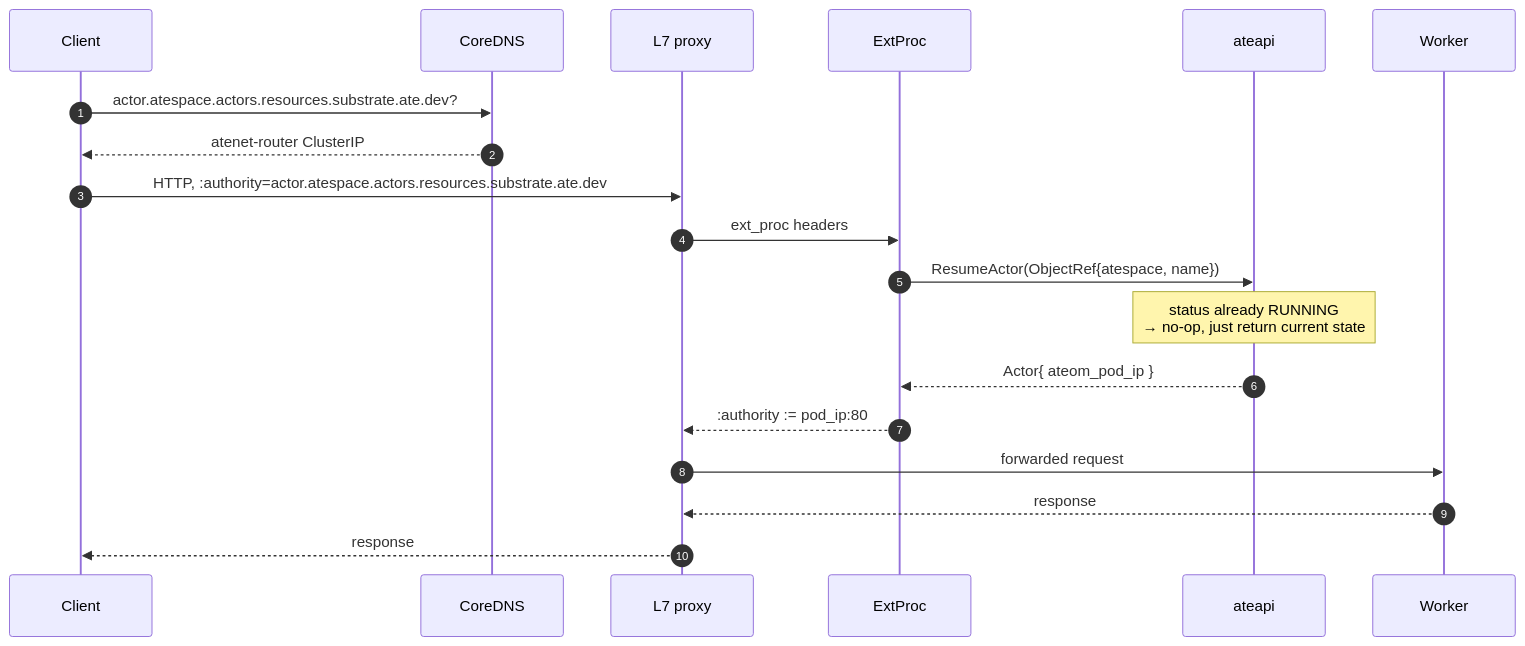
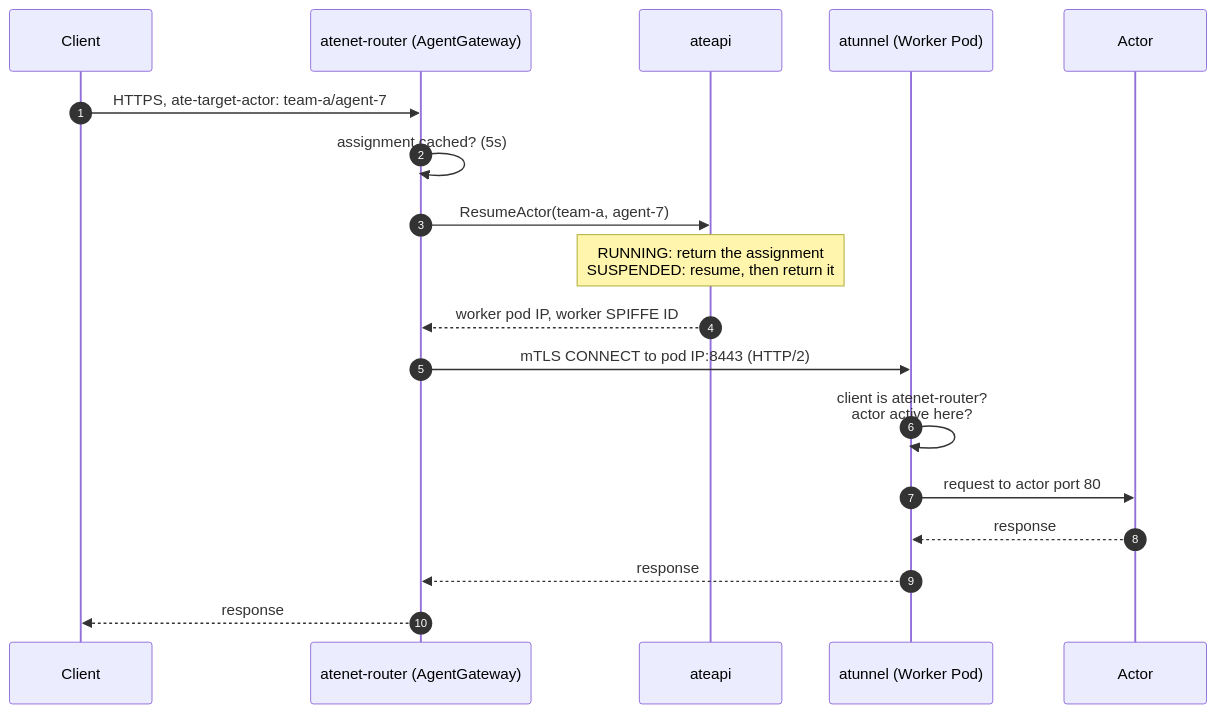
Before and after one commit to christian-posta/substrate: the diagram in atlas/src/content/docs/flows/request-path.mdx, drawn with Mermaid. The commit also changed other lines of this file and 34 other files, not shown here.

````diff
--- a/atlas/src/content/docs/flows/request-path.mdx
+++ b/atlas/src/content/docs/flows/request-path.mdx
@@ -13,22 +16,21 @@
 ```mermaid
 sequenceDiagram
   autonumber
   participant C as Client
-  participant DNS as CoreDNS
-  participant E as L7 proxy
-  participant X as ExtProc
+  participant R as atenet-router (AgentGateway)
   participant A as ateapi
-  participant W as Worker
+  participant T as atunnel (Worker Pod)
+  participant W as Actor
 
-  C->>DNS: actor.atespace.actors.resources.substrate.ate.dev?
-  DNS-->>C: atenet-router ClusterIP
-  C->>E: HTTP, :authority=actor.atespace.actors.resources.substrate.ate.dev
-  E->>X: ext_proc headers
-  X->>A: ResumeActor(ObjectRef{atespace, name})
-  Note over A: status already RUNNING<br/>→ no-op, just return current state
-  A-->>X: Actor{ ateom_pod_ip }
-  X-->>E: :authority := pod_ip:80
-  E->>W: forwarded request
-  W-->>E: response
-  E-->>C: response
+  C->>R: HTTPS, ate-target-actor: team-a/agent-7
+  R->>R: assignment cached? (5s)
+  R->>A: ResumeActor(team-a, agent-7)
+  Note over A: RUNNING: return the assignment<br/>SUSPENDED: resume, then return it
+  A-->>R: worker pod IP, worker SPIFFE ID
+  R->>T: mTLS CONNECT to pod IP:8443 (HTTP/2)
+  T->>T: client is atenet-router?<br/>actor active here?
+  T->>W: request to actor port 80
+  W-->>T: response
+  T-->>R: response
+  R-->>C: response
 ```
````
